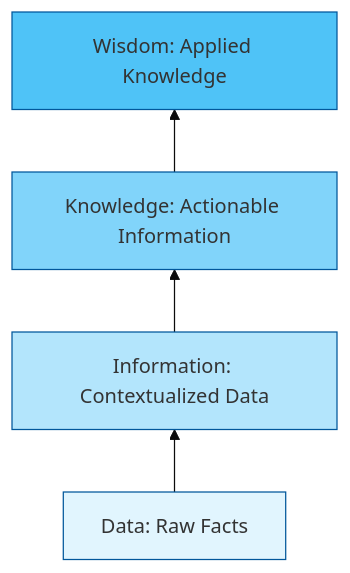
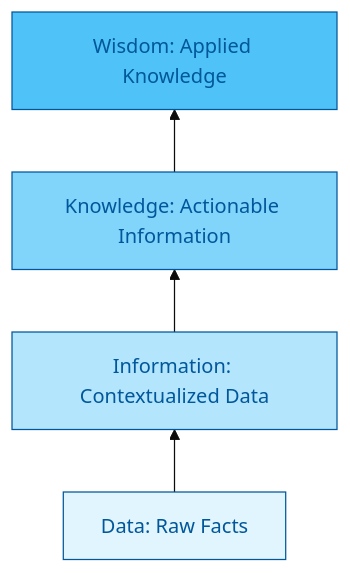
The first of 5 diagrams in notes/data_analysis/Chapter1_Introduction_to_DAV.md (DeepLumiere/DeepSkills), drawn with Mermaid (base theme) before and after one commit. The commit also changed other lines of this file and 56 other files, not shown here.

````diff
--- a/notes/data_analysis/Chapter1_Introduction_to_DAV.md
+++ b/notes/data_analysis/Chapter1_Introduction_to_DAV.md
@@ -160,10 +160,10 @@
 ```mermaid
 graph BT
     A["Data: Raw Facts"] --> B["Information: Contextualized Data"]
     B --> C["Knowledge: Actionable Information"]
     C --> D["Wisdom: Applied Knowledge"]
-    style A fill:#e1f5fe,stroke:#01579b
-    style B fill:#b3e5fc,stroke:#01579b
-    style C fill:#81d4fa,stroke:#01579b
-    style D fill:#4fc3f7,stroke:#01579b
+    style A fill:#e1f5fe,stroke:#01579b,color:#01579b
+    style B fill:#b3e5fc,stroke:#01579b,color:#01579b
+    style C fill:#81d4fa,stroke:#01579b,color:#01579b
+    style D fill:#4fc3f7,stroke:#01579b,color:#01579b
 ```
````
